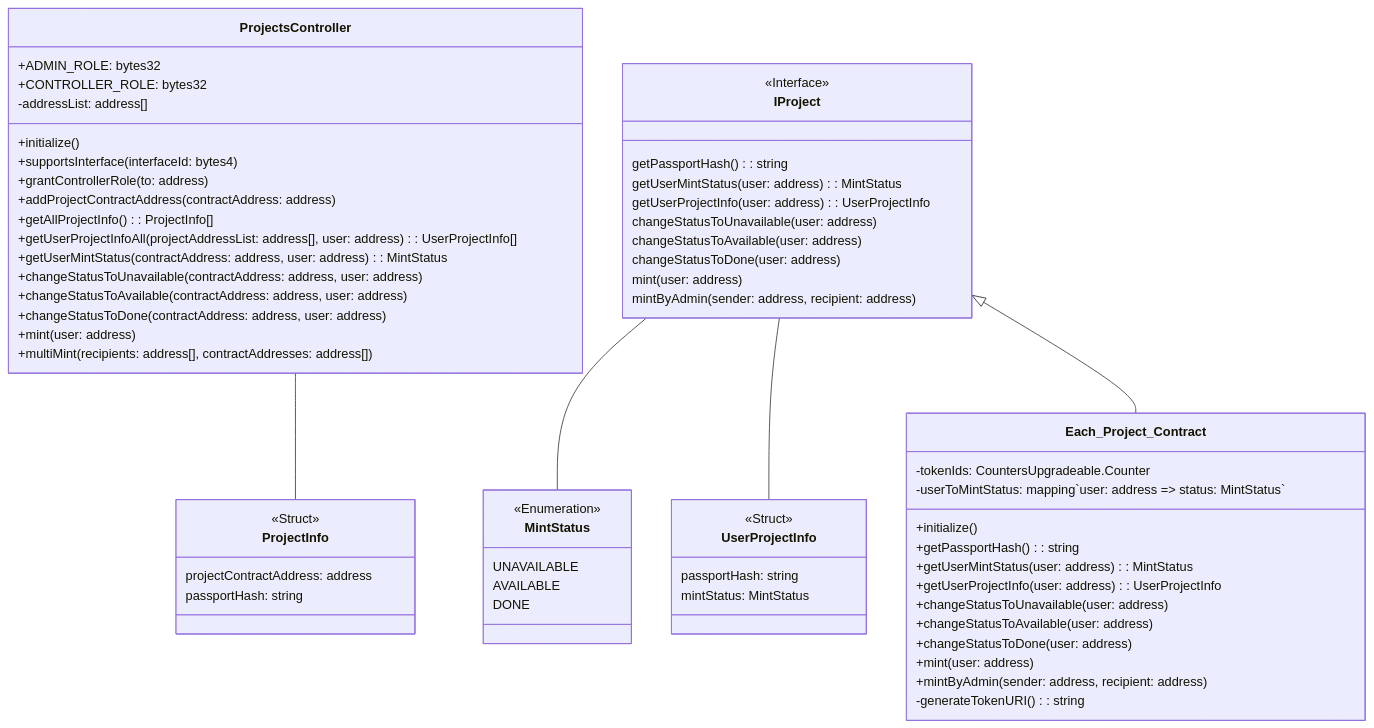
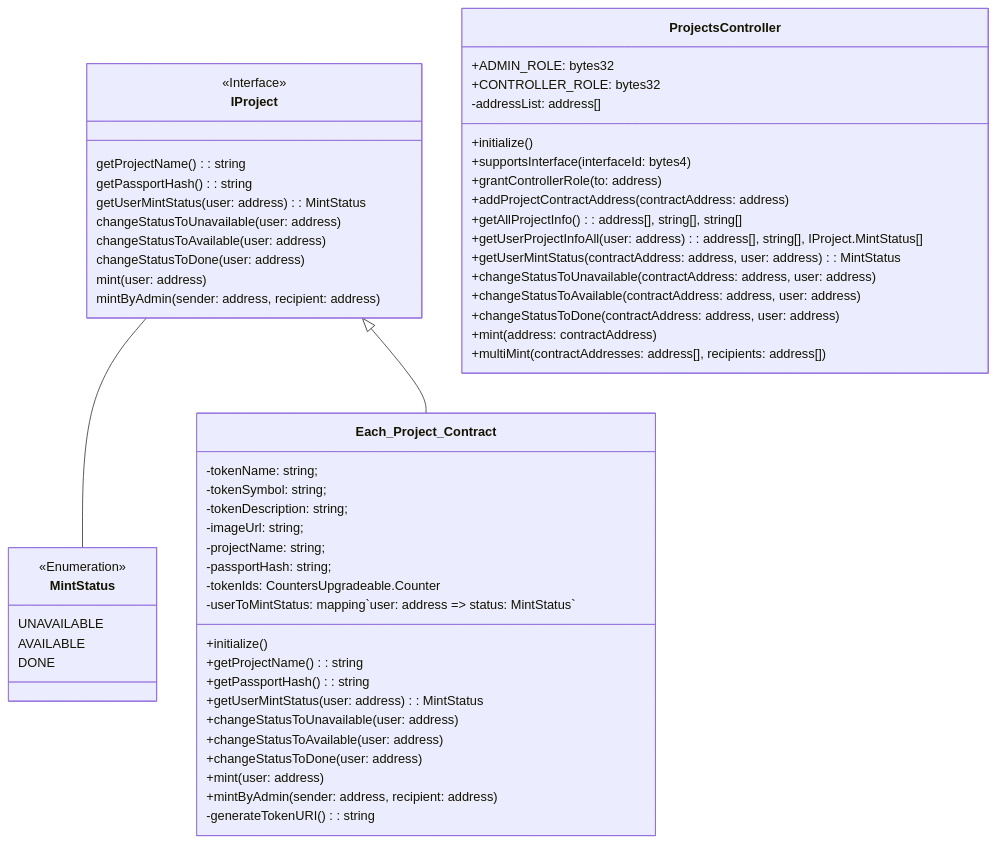
One commit to unchain-tech/passport-nfts changed the third of 3 diagrams in docs/NFT-distribution-diagram.md. Above: the diagram before and after it, drawn with Mermaid.

Commit message:
chore: update class diagram

````diff
--- a/docs/NFT-distribution-diagram.md
+++ b/docs/NFT-distribution-diagram.md
@@ -52,71 +52,64 @@
 ```mermaid
 classDiagram
-    ProjectsController -- ProjectInfo
+    ProjectsController
     IProject -- MintStatus
-    IProject -- UserProjectInfo
     IProject <|-- Each_Project_Contract
 
     class ProjectsController {
         +ADMIN_ROLE: bytes32
         +CONTROLLER_ROLE: bytes32
         -addressList: address[]
         +initialize()
         +supportsInterface(interfaceId: bytes4)
         +grantControllerRole(to: address)
         +addProjectContractAddress(contractAddress: address)
-        +getAllProjectInfo(): ProjectInfo[]
-        +getUserProjectInfoAll(projectAddressList: address[], user: address): UserProjectInfo[]
+        +getAllProjectInfo(): address[], string[], string[]
+        +getUserProjectInfoAll(user: address): address[], string[], IProject.MintStatus[]
         +getUserMintStatus(contractAddress: address, user: address): MintStatus
         +changeStatusToUnavailable(contractAddress: address, user: address)
         +changeStatusToAvailable(contractAddress: address, user: address)
         +changeStatusToDone(contractAddress: address, user: address)
-        +mint(user: address)
-        +multiMint(recipients: address[], contractAddresses: address[])
-    }
-
-    class ProjectInfo {
-        <<Struct>>
-        projectContractAddress: address
-        passportHash: string
+        +mint(address: contractAddress)
+        +multiMint(contractAddresses: address[], recipients: address[])
     }
 
     class IProject {
         <<Interface>>
+        getProjectName(): string
         getPassportHash(): string
         getUserMintStatus(user: address): MintStatus
-        getUserProjectInfo(user: address): UserProjectInfo
         changeStatusToUnavailable(user: address)
         changeStatusToAvailable(user: address)
         changeStatusToDone(user: address)
         mint(user: address)
         mintByAdmin(sender: address, recipient: address)
     }
 
     class MintStatus {
         <<Enumeration>>
         UNAVAILABLE
         AVAILABLE
         DONE
     }
 
-    class UserProjectInfo {
-        <<Struct>>
-        passportHash: string
-        mintStatus: MintStatus
-    }
-
     class Each_Project_Contract {
+        -tokenName: string;
+        -tokenSymbol: string;
+        -tokenDescription: string;
+        -imageUrl: string;
+        -projectName: string;
+        -passportHash: string;
         -tokenIds: CountersUpgradeable.Counter
         -userToMintStatus: mapping`user: address => status: MintStatus`
         +initialize()
+        +getProjectName(): string
         +getPassportHash(): string
         +getUserMintStatus(user: address): MintStatus
-        +getUserProjectInfo(user: address): UserProjectInfo
         +changeStatusToUnavailable(user: address)
         +changeStatusToAvailable(user: address)
         +changeStatusToDone(user: address)
         +mint(user: address)
         +mintByAdmin(sender: address, recipient: address)
         -generateTokenURI(): string
     }
 ```
````
